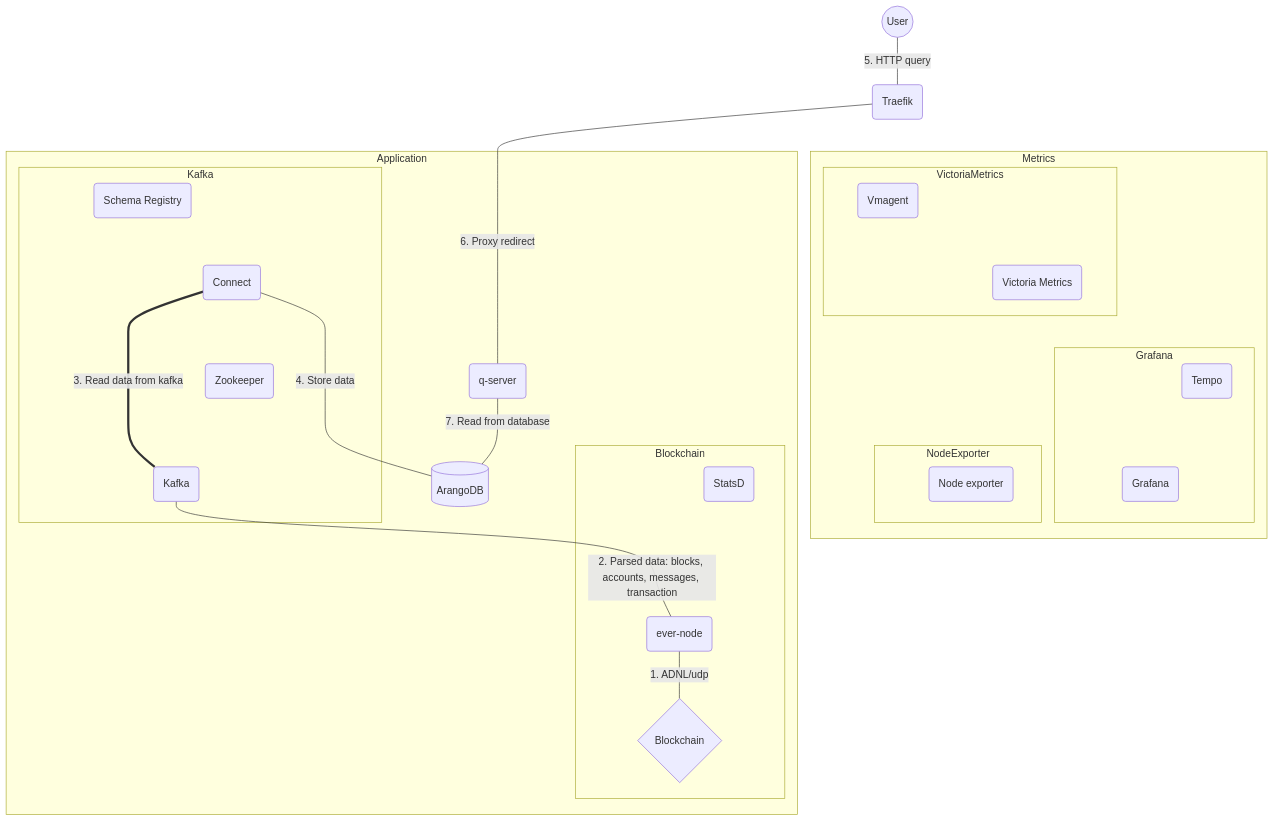
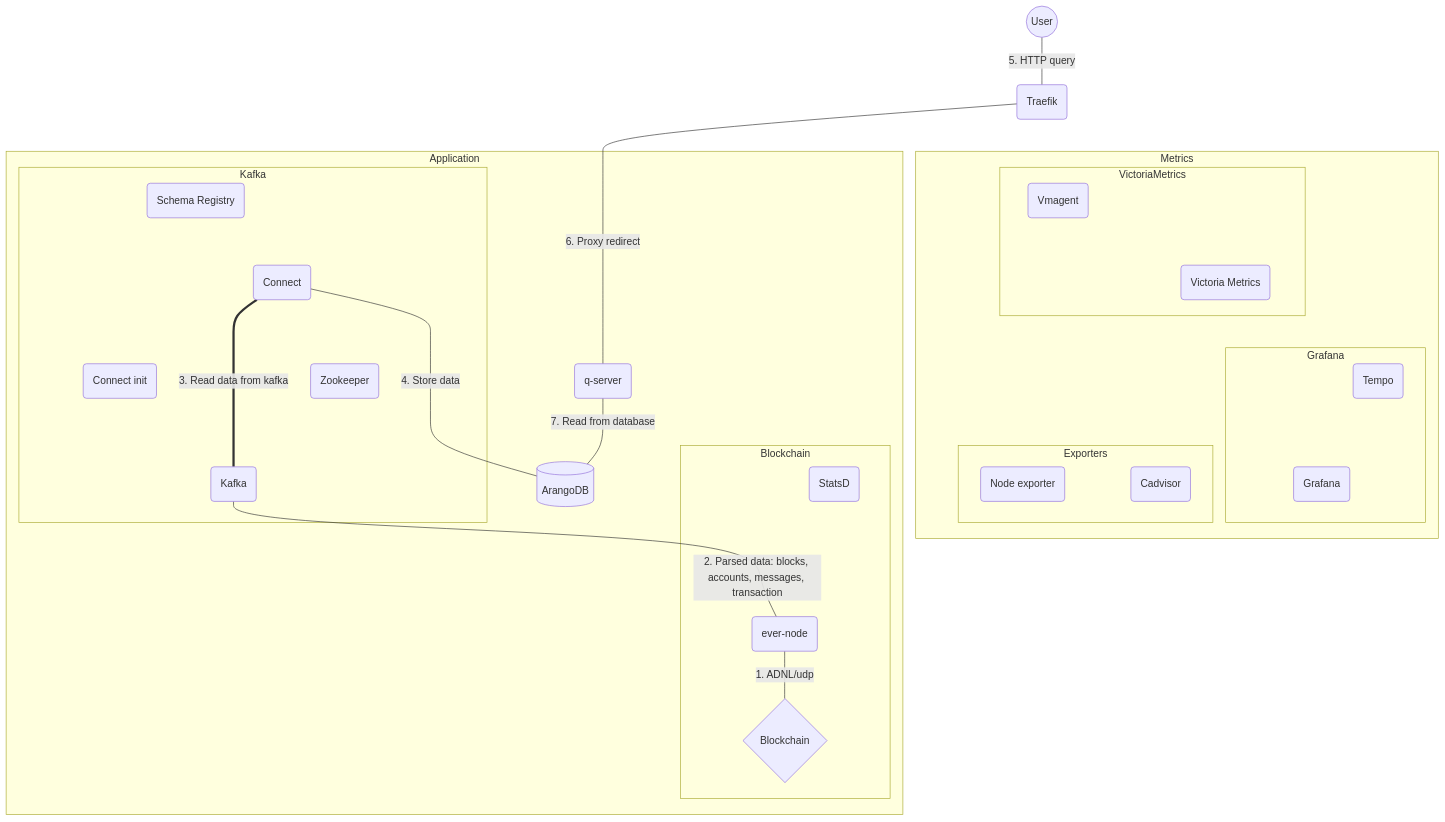
The second of 2 diagrams in README.md (treeton-org/application-server), drawn with Mermaid before and after one commit. The commit also changed other lines of this file, not shown here.

Commit message:
docs: Add connect-init and cadvison into scheme

````diff
--- a/README.md
+++ b/README.md
@@ -110,69 +112,71 @@
 ```mermaid
 flowchart TD
     subgraph Metrics
         VictoriaMetrics
-        NodeExporter
+        Exporters
         Grafana
     end
 
         subgraph VictoriaMetrics
             vmagent(Vmagent)
             victoria-metrics(Victoria Metrics)
             vmagent~~~victoria-metrics
         end
 
         subgraph Grafana
             tempo(Tempo)
             grafana(Grafana)
             tempo~~~grafana
         end
 
-        subgraph NodeExporter
+        subgraph Exporters
             node-exporter(Node exporter)
-            node-exporter
+            cadvisor(Cadvisor)
         end
 
     subgraph Application
         Kafka
         QueryServer
         Blockchain
     end
 
         subgraph Kafka
             zookeeper(Zookeeper)
             kafka(Kafka)
             schema-registry(Schema Registry)
+            connect-init(Connect init)
             connect(Connect)
             zookeeper~~~kafka
-            connect~~~zookeeper
+            connect~~~connect-init & zookeeper
             connect===|3. Read data from kafka|kafka
+            connect-init~~~kafka
             schema-registry~~~kafka & connect
         end
 
         subgraph QueryServer
             q-server(q-server)
             arangodb[(ArangoDB)]
            q-server---|7. Read from database|arangodb
         end
         style QueryServer color:transparent,stroke:transparent
 
         subgraph Blockchain
             statsd(StatsD)
             ever-node(ever-node)
             blockchain{Blockchain}
             statsd~~~ever-node---|1. ADNL/udp|blockchain
         end
 
 
     user((User))
     traefik(Traefik)
 
     user---|5. HTTP query|traefik
-    traefik~~~arangodb & tempo & schema-registry & vmagent & victoria-metrics & statsd & node-exporter & grafana
+    traefik~~~arangodb & tempo & schema-registry & vmagent & victoria-metrics & statsd & node-exporter & cadvisor & grafana
     traefik---|6. Proxy redirect|q-server
     kafka---|2. Parsed data: blocks, accounts, messages, transaction|ever-node
     connect---|4. Store data|arangodb
     q-server~~~kafka
-    vmagent~~~~~grafana & statsd & node-exporter & arangodb
+    vmagent~~~~~grafana & statsd & node-exporter & cadvisor & arangodb
     victoria-metrics~~~grafana
 ```
````
